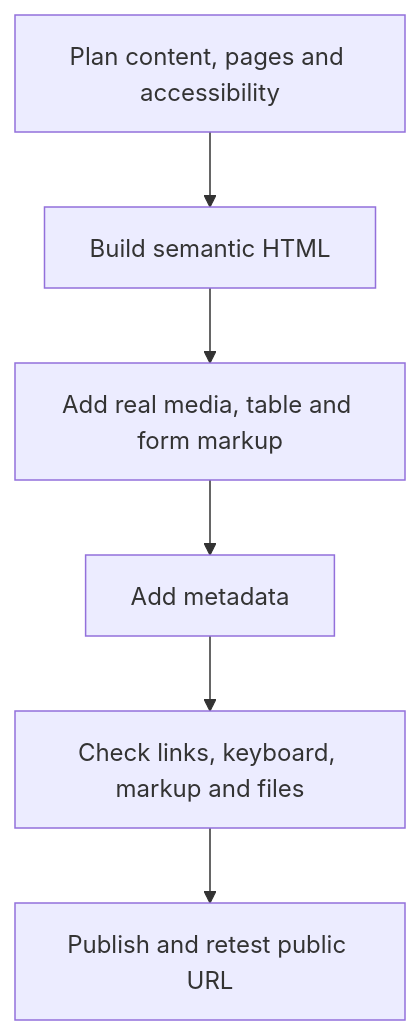
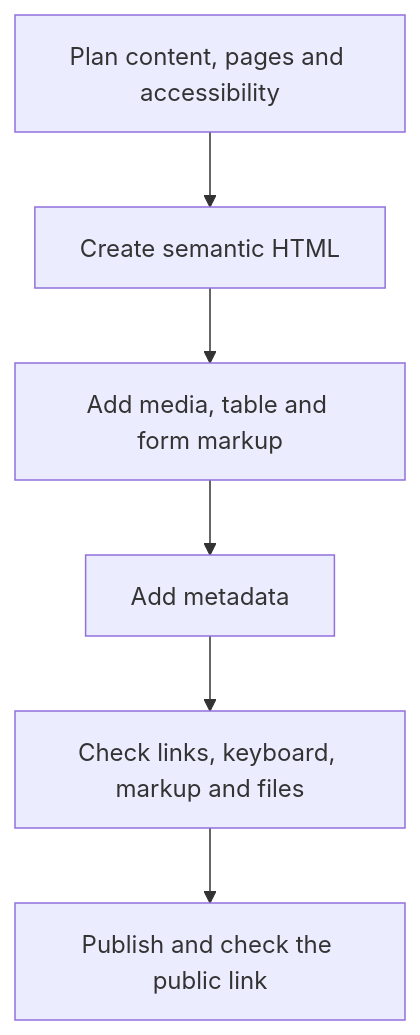
One commit to JLearn-space/JLearn-docs changed the first of 2 diagrams in HTML/Lesson-10/en/Final project from planning to publication.md. Above: the diagram before and after it, drawn with Mermaid. The commit also changed other lines of this file and 148 other files, not shown here.

````diff
--- a/HTML/Lesson-10/en/Final project from planning to publication.md
+++ b/HTML/Lesson-10/en/Final project from planning to publication.md
@@ -82,8 +107,8 @@
 ```mermaid
 flowchart TD
- A["Plan content, pages and accessibility"] --> B["Build semantic HTML"]
- B --> C["Add real media, table and form markup"]
+ A["Plan content, pages and accessibility"] --> B["Create semantic HTML"]
+ B --> C["Add media, table and form markup"]
  C --> D["Add metadata"]
  D --> E["Check links, keyboard, markup and files"]
- E --> F["Publish and retest public URL"]
+ E --> F["Publish and check the public link"]
 ```
````
